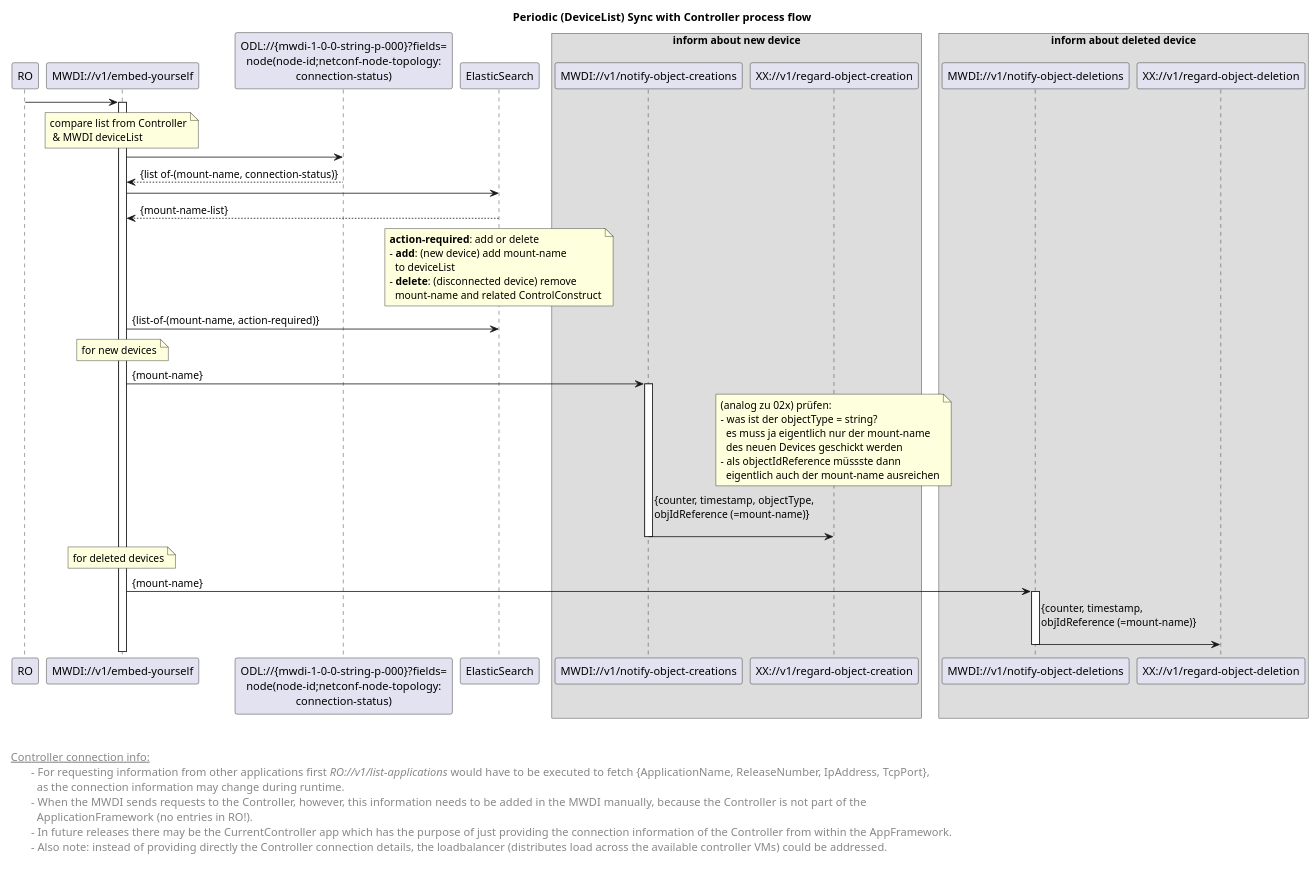
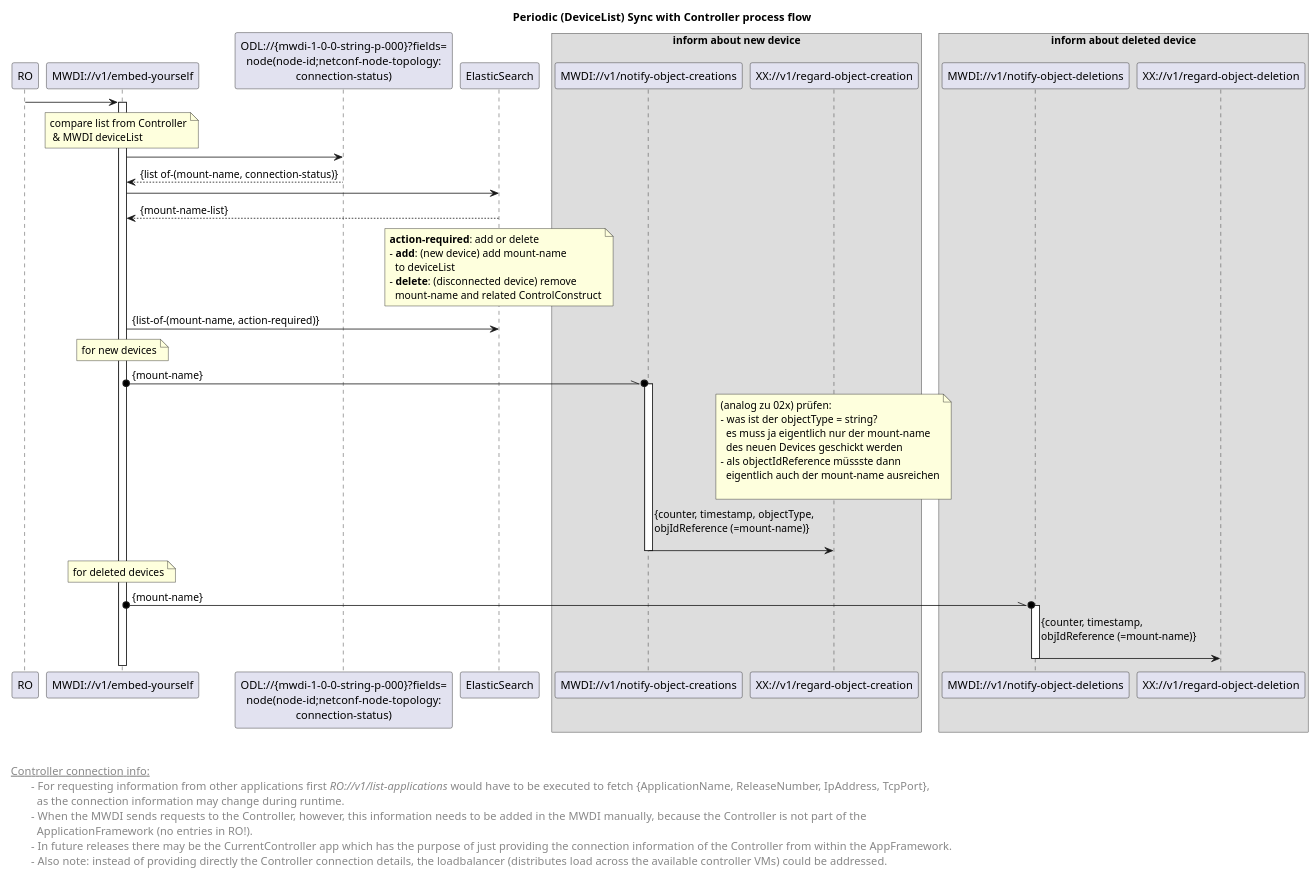
One commit to openBackhaul/MicroWaveDeviceInventory changed the diagram in spec/diagrams/01x_forwardingCyclicOperationDeviceListSync.plantuml. Above: the diagram before and after it, drawn with PlantUML. The commit also changed 3 other files, not shown here.

Commit message:
Update Readme and some diagrams

```diff
--- a/spec/diagrams/01x_forwardingCyclicOperationDeviceListSync.plantuml
+++ b/spec/diagrams/01x_forwardingCyclicOperationDeviceListSync.plantuml
@@ -1,94 +1,103 @@
-@startuml
+@startuml 01x_forwardingCyclicOperationDeviceListSync
 skinparam responseMessageBelowArrow true
 skinparam BoxPadding 10
 
 title  Periodic (DeviceList) Sync with Controller process flow
 
 
 'participants
 participant "RO" as ro
 participant "MWDI://v1/embed-yourself" as mwdi
 participant "ODL://{mwdi-1-0-0-string-p-000}?fields=\nnode(node-id;netconf-node-topology:\nconnection-status)" as odlConnectionStatus
 participant "ElasticSearch" as es
 
 box inform about new device
 participant "MWDI://v1/notify-object-creations" as notifyCreate
 participant "XX://v1/regard-object-creation" as subscriberOpCreate
 end box
 
 box inform about deleted device
 participant "MWDI://v1/notify-object-deletions" as notifyDelete
 participant "XX://v1/regard-object-deletion" as subscriberOpDelete
 end box
 
 ro -> mwdi
 activate mwdi
 
 'get deviceList from Controller
 note over mwdi: compare list from Controller\n & MWDI deviceList
 mwdi -> odlConnectionStatus
 odlConnectionStatus --> mwdi: {list of-(mount-name, connection-status)}
 
 'get MWDI deviceList from ElasticSearch 
 mwdi -> es
 es --> mwdi: {mount-name-list}
 
 'diff both lists and process devices accordingly
 note over es
  <b>action-required</b>: add or delete
  - <b>add</b>: (new device) add mount-name 
    to deviceList
  - <b>delete</b>: (disconnected device) remove 
    mount-name and related ControlConstruct
 end note 
 
 
 mwdi -> es: {list-of-(mount-name, action-required)}
 
 'inform subscribers about new device
 note over mwdi: for new devices
-mwdi -> notifyCreate: {mount-name}
+
+' Dieser Pfeil scheint keinen Request auszudrücken, sondern eine Art hand-over. '
+' Falls das so wäre, hätte ich eine andere Art Pfeil vorgeschlagen. '
+mwdi o-\\o notifyCreate: {mount-name}
 activate notifyCreate
 
 note over subscriberOpCreate
 (analog zu 02x) prüfen: 
 - was ist der objectType = string?
   es muss ja eigentlich nur der mount-name 
   des neuen Devices geschickt werden 
 - als objectIdReference müssste dann 
   eigentlich auch der mount-name ausreichen
+
+' Der objectType wäre ControlConstruct. '
+' Wäre die vollständige objectIdReference nicht /cache/node={mount-name}/yang-ext:mount/core-model-1-4:control-construct? '
 end note
 
 notifyCreate -> subscriberOpCreate: {counter, timestamp, objectType, \nobjIdReference (=mount-name)} \n
 deactivate notifyCreate
 
 'inform subscribers about deleted device
 note over mwdi: for deleted devices
-mwdi -> notifyDelete: {mount-name}
+
+' Dieser Pfeil scheint keinen Request auszudrücken, sondern eine Art hand-over. '
+' Falls das so wäre, hätte ich eine andere Art Pfeil vorgeschlagen. '
+mwdi o-\\o notifyDelete: {mount-name}
 activate notifyDelete
 
 notifyDelete -> subscriberOpDelete: {counter, timestamp, \nobjIdReference (=mount-name)} \n
 deactivate notifyDelete
 
 
 left footer 
 
 
 <u> Controller connection info:</u>
 \t- For requesting information from other applications first <i>RO://v1/list-applications</i> would have to be executed to fetch {ApplicationName, ReleaseNumber, IpAddress, TcpPort}, 
 \t  as the connection information may change during runtime.
 \t-  When the MWDI sends requests to the Controller, however, this information needs to be added in the MWDI manually, because the Controller is not part of the 
 \t  ApplicationFramework (no entries in RO!). 
 \t-  In future releases there may be the CurrentController app which has the purpose of just providing the connection information of the Controller from within the AppFramework.
 \t-  Also note: instead of providing directly the Controller connection details, the loadbalancer (distributes load across the available controller VMs) could be addressed.
 
 end footer
 
 <style>
 footer {
   HorizontalAlignment left
   FontSize 14
 }
 </style>
 
 @enduml
```
